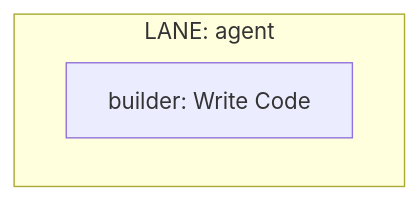
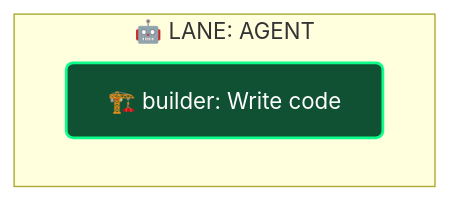
The diagram in templates/apf_scaffold/workflows/build_only/graph.mermaid (saulfernandez-me/agno-self-contain-software-factor), drawn with Mermaid before and after one commit. The commit also changed 14 other files, not shown here.

Commit message:
refactor: upgrade all workflow diagrams to the APF Mermaid v2.0 visual standard

```diff
--- a/templates/apf_scaffold/workflows/build_only/graph.mermaid
+++ b/templates/apf_scaffold/workflows/build_only/graph.mermaid
@@ -1,4 +1,7 @@
 graph TD
-    subgraph "LANE: agent"
-        BUILD["builder: Write Code"]:::agent
+    %% APF Color Palette
+    classDef agent fill:#0f5132,stroke:#0dfd8a,stroke-width:2px,color:#fff,rx:5px,ry:5px
+
+    subgraph "🤖 LANE: AGENT"
+        BUILD["🏗️ builder: Write code"]:::agent
     end
```
